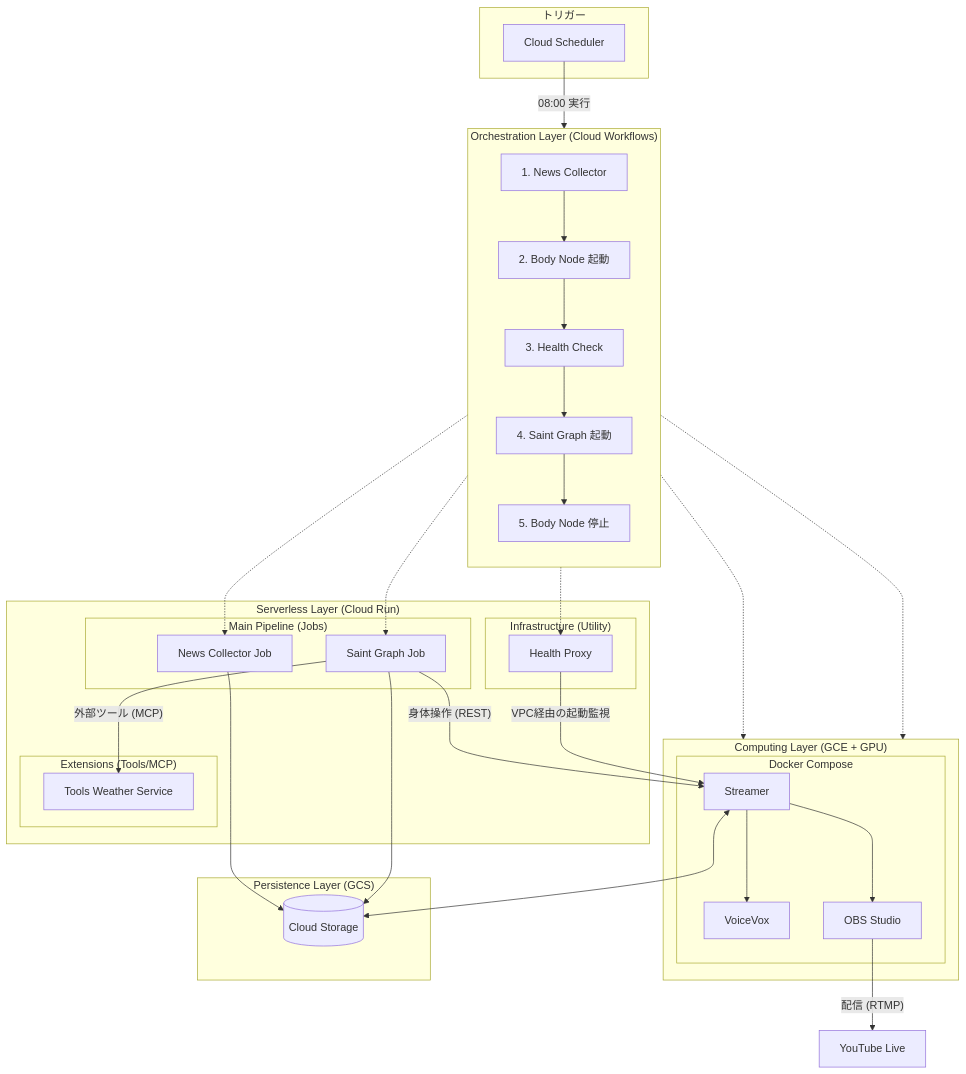
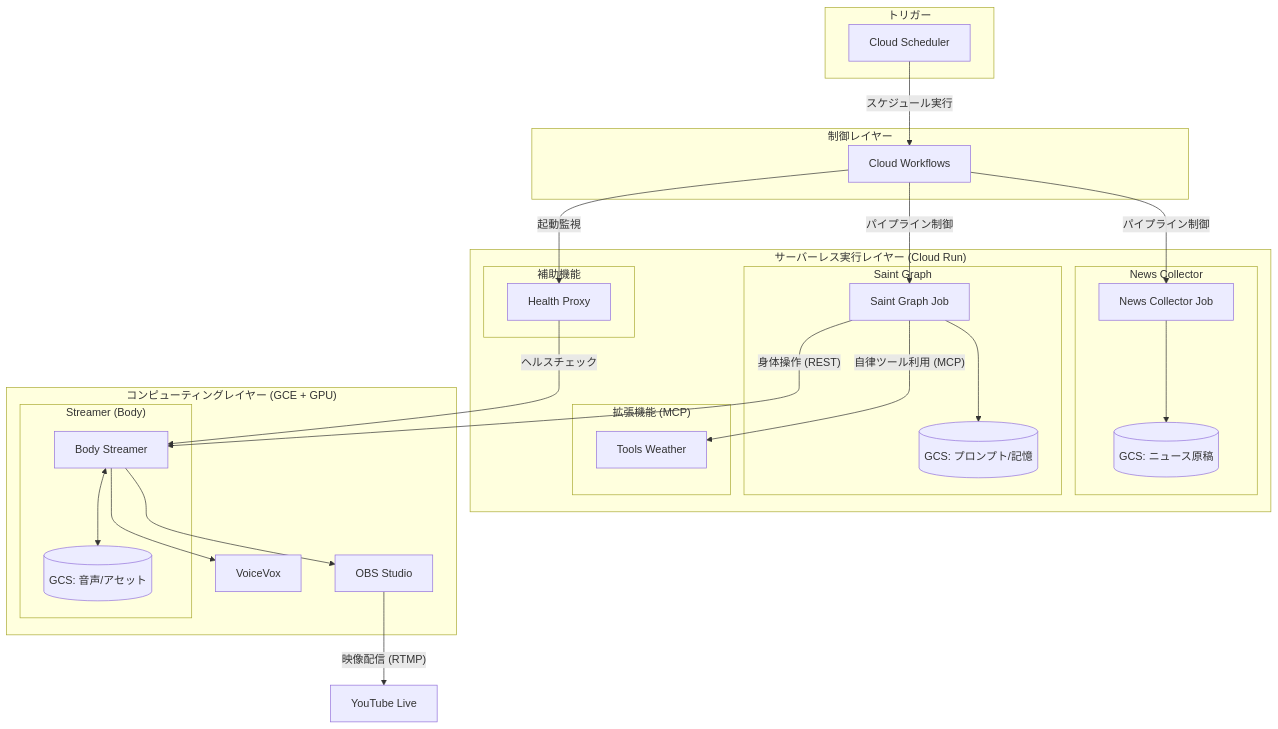
Before and after one commit to koduki/ai-tuber: the diagram in README.md, drawn with Mermaid.

Commit message:
modify diagram

````diff
--- a/README.md
+++ b/README.md
@@ -167,62 +167,58 @@
 ```mermaid
 graph TD
-    subgraph Schedule ["トリガー"]
+    subgraph Trigger ["トリガー"]
         CS[Cloud Scheduler]
     end
 
-    subgraph Orchestration ["Orchestration Layer (Cloud Workflows)"]
-        direction TB
-        CW1[1. News Collector]
-        CW2[2. Body Node 起動]
-        CW3[3. Health Check]
-        CW4[4. Saint Graph 起動]
-        CW5[5. Body Node 停止]
-        CW1 --> CW2 --> CW3 --> CW4 --> CW5
+    subgraph Orchestration ["制御レイヤー"]
+        CW[Cloud Workflows]
     end
 
-    subgraph Serverless ["Serverless Layer (Cloud Run)"]
-        subgraph JobLayer ["Main Pipeline (Jobs)"]
+    subgraph Serverless ["サーバーレス実行レイヤー (Cloud Run)"]
+        subgraph NC_Group ["News Collector"]
             NC[News Collector Job]
+            GCS_N[(GCS: ニュース原稿)]
+            NC --> GCS_N
+        end
+        
+        subgraph SG_Group ["Saint Graph"]
             SG[Saint Graph Job]
+            GCS_P[(GCS: プロンプト/記憶)]
+            SG --> GCS_P
         end
-        subgraph ToolsLayer ["Extensions (Tools/MCP)"]
-            TW[Tools Weather Service]
+
+        subgraph ToolsLayer ["拡張機能 (MCP)"]
+            TW[Tools Weather]
         end
-        subgraph UtilityLayer ["Infrastructure (Utility)"]
+        
+        subgraph UtilityLayer ["補助機能"]
             HP[Health Proxy]
         end
     end
 
-    subgraph BodyNode ["Computing Layer (GCE + GPU)"]
-        subgraph Containers ["Docker Compose"]
-            STR[Streamer]
-            VV[VoiceVox]
-            OBS[OBS Studio]
+    subgraph Computing ["コンピューティングレイヤー (GCE + GPU)"]
+        subgraph BodyNode ["Streamer (Body)"]
+            STR[Body Streamer]
+            GCS_M[(GCS: 音声/アセット)]
+            STR <--> GCS_M
         end
-    end
-
-    subgraph Storage ["Persistence Layer (GCS)"]
-        GCS[(Cloud Storage)]
+        VV[VoiceVox]
+        OBS[OBS Studio]
     end
 
     YT[YouTube Live]
 
     %% Flow
-    CS -- "08:00 実行" --> CW1
-    CW1 -.-> NC
-    CW2 -.-> BodyNode
-    CW3 -.-> HP
-    CW4 -.-> SG
-    CW5 -.-> BodyNode
+    CS -- "スケジュール実行" --> CW
+    CW -- "パイプライン制御" --> NC
+    CW -- "パイプライン制御" --> SG
+    CW -- "起動監視" --> HP
 
     %% Interactions
-    NC --> GCS
-    SG --> GCS
     SG -- "身体操作 (REST)" --> STR
-    SG -- "外部ツール (MCP)" --> TW
-    HP -- "VPC経由の起動監視" --> STR
+    SG -- "自律ツール利用 (MCP)" --> TW
+    HP -- "ヘルスチェック" --> STR
     STR --> VV
     STR --> OBS
-    STR <--> GCS
-    OBS -- "配信 (RTMP)" --> YT
+    OBS -- "映像配信 (RTMP)" --> YT
 ```
````
